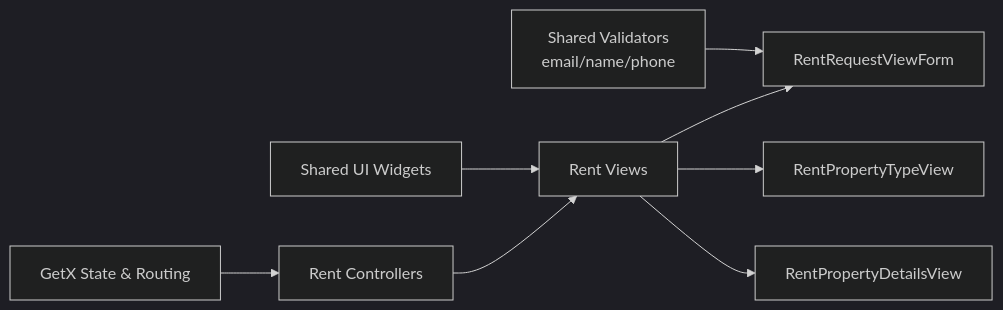
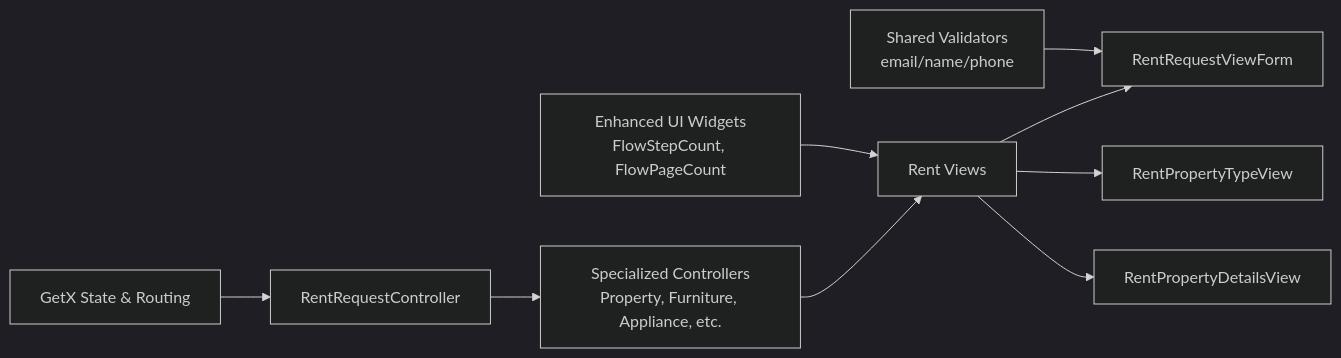
One commit to Ariful3111/FurniGo changed the seventh of 7 diagrams in .qoder/repowiki/en/content/Core Features/Business Services/Rent Furniture System.md. Above: the diagram before and after it, drawn with Mermaid (dark theme). The commit also changed other lines of this file and 23 other files, not shown here.

Commit message:
Rent Request Setted Up

````diff
--- a/.qoder/repowiki/en/content/Core Features/Business Services/Rent Furniture System.md
+++ b/.qoder/repowiki/en/content/Core Features/Business Services/Rent Furniture System.md
@@ -270,10 +402,11 @@
 ```mermaid
 graph LR
 Validators["Shared Validators<br/>email/name/phone"] --> Form["RentRequestViewForm"]
-UIWidgets["Shared UI Widgets"] --> Views["Rent Views"]
-GetX["GetX State & Routing"] --> Controllers["Rent Controllers"]
-Controllers --> Views
+UIWidgets["Enhanced UI Widgets<br/>FlowStepCount, FlowPageCount"] --> Views["Rent Views"]
+GetX["GetX State & Routing"] --> MainController["RentRequestController"]
+MainController --> SpecializedControllers["Specialized Controllers<br/>Property, Furniture, Appliance, etc."]
+SpecializedControllers --> Views
 Views --> Form
 Views --> TypeView["RentPropertyTypeView"]
 Views --> DetailsView["RentPropertyDetailsView"]
 ```
````
